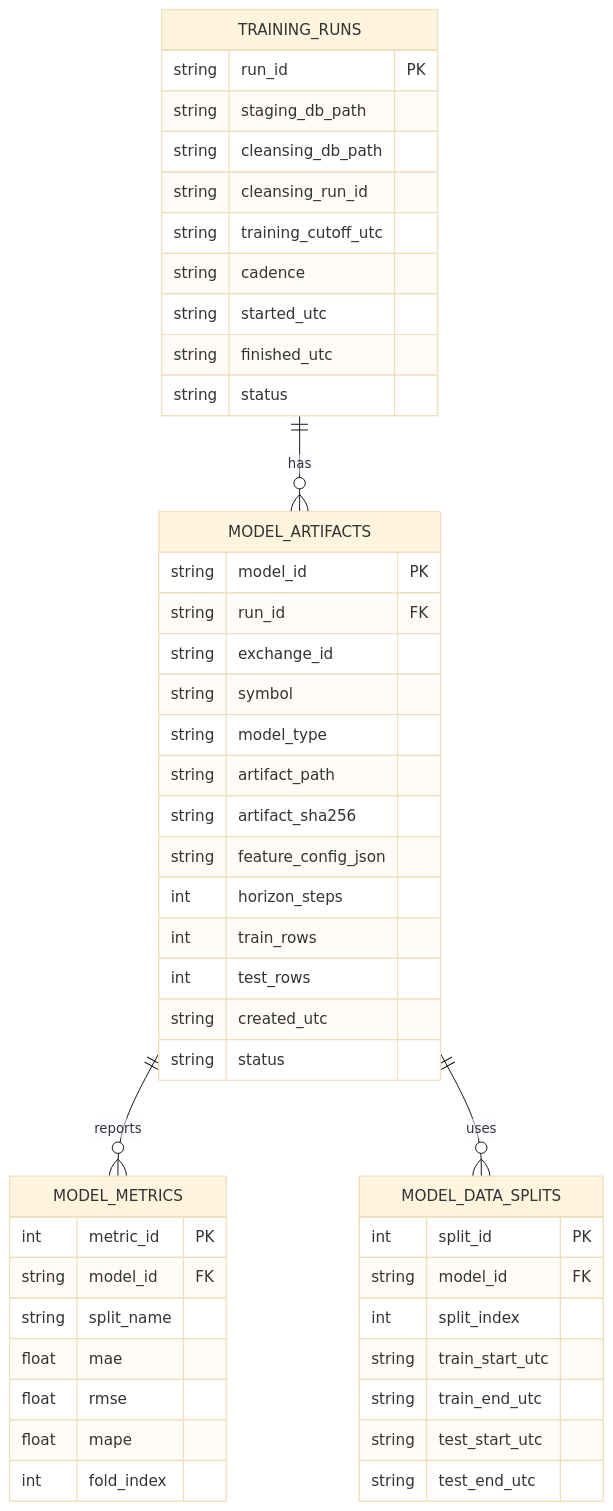
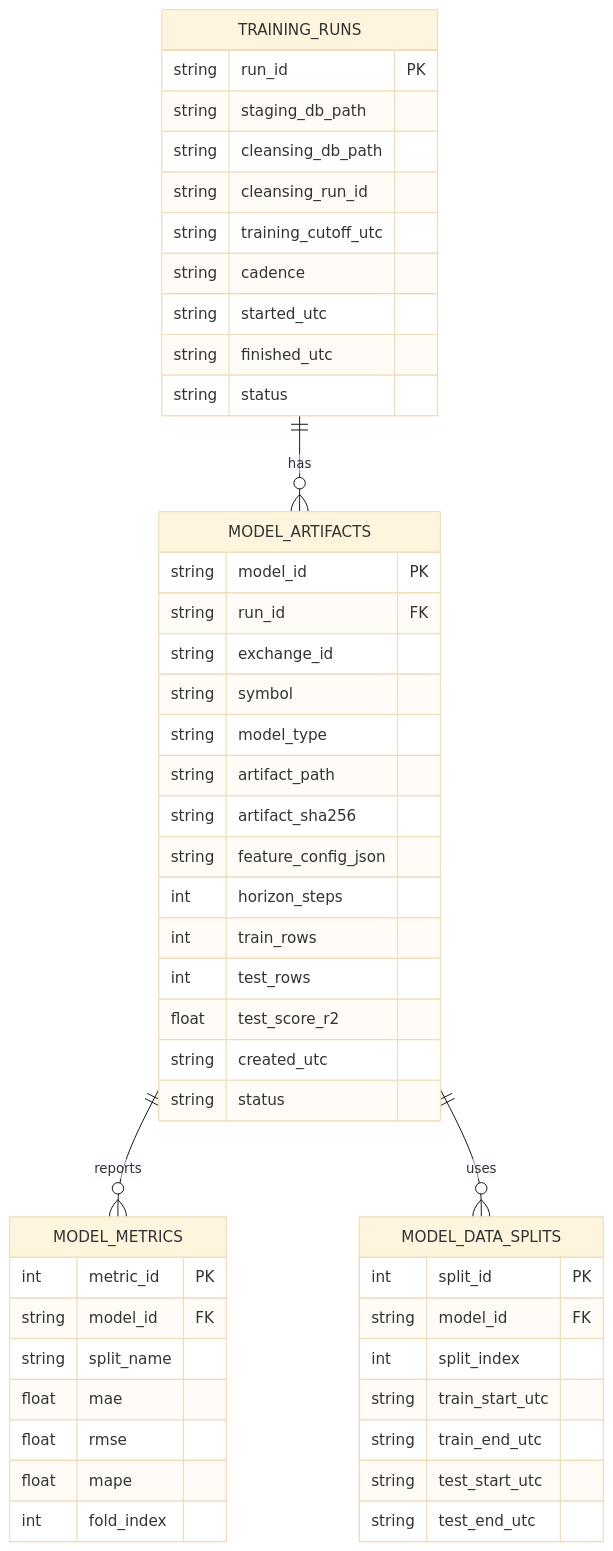
The diagram in diagrams/6_forecasting/uml_er_forecasting_model_registry.mmd (laiki/crypto_DWH), drawn with Mermaid (base theme) before and after one commit. The commit also changed 157 other files, not shown here.

Commit message:
new forecast scriptt. uppdated and re-generated diagrams and documentation

```diff
--- a/diagrams/6_forecasting/uml_er_forecasting_model_registry.mmd
+++ b/diagrams/6_forecasting/uml_er_forecasting_model_registry.mmd
@@ -1,52 +1,53 @@
 erDiagram
     TRAINING_RUNS ||--o{ MODEL_ARTIFACTS : has
     MODEL_ARTIFACTS ||--o{ MODEL_METRICS : reports
     MODEL_ARTIFACTS ||--o{ MODEL_DATA_SPLITS : uses
 
     TRAINING_RUNS {
         string run_id PK
         string staging_db_path
         string cleansing_db_path
         string cleansing_run_id
         string training_cutoff_utc
         string cadence
         string started_utc
         string finished_utc
         string status
     }
 
     MODEL_ARTIFACTS {
         string model_id PK
         string run_id FK
         string exchange_id
         string symbol
         string model_type
         string artifact_path
         string artifact_sha256
         string feature_config_json
         int horizon_steps
         int train_rows
         int test_rows
+        float test_score_r2
         string created_utc
         string status
     }
 
     MODEL_METRICS {
         int metric_id PK
         string model_id FK
         string split_name
         float mae
         float rmse
         float mape
         int fold_index
     }
 
     MODEL_DATA_SPLITS {
         int split_id PK
         string model_id FK
         int split_index
         string train_start_utc
         string train_end_utc
         string test_start_utc
         string test_end_utc
     }
```
